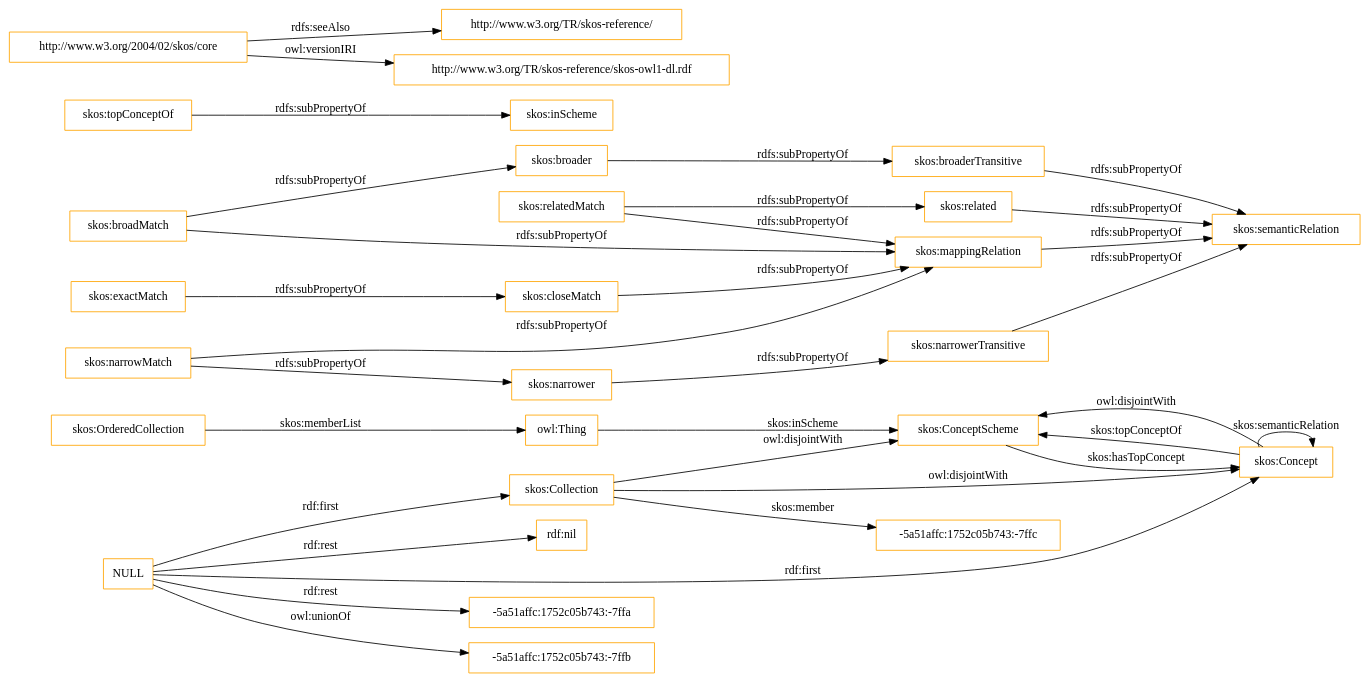
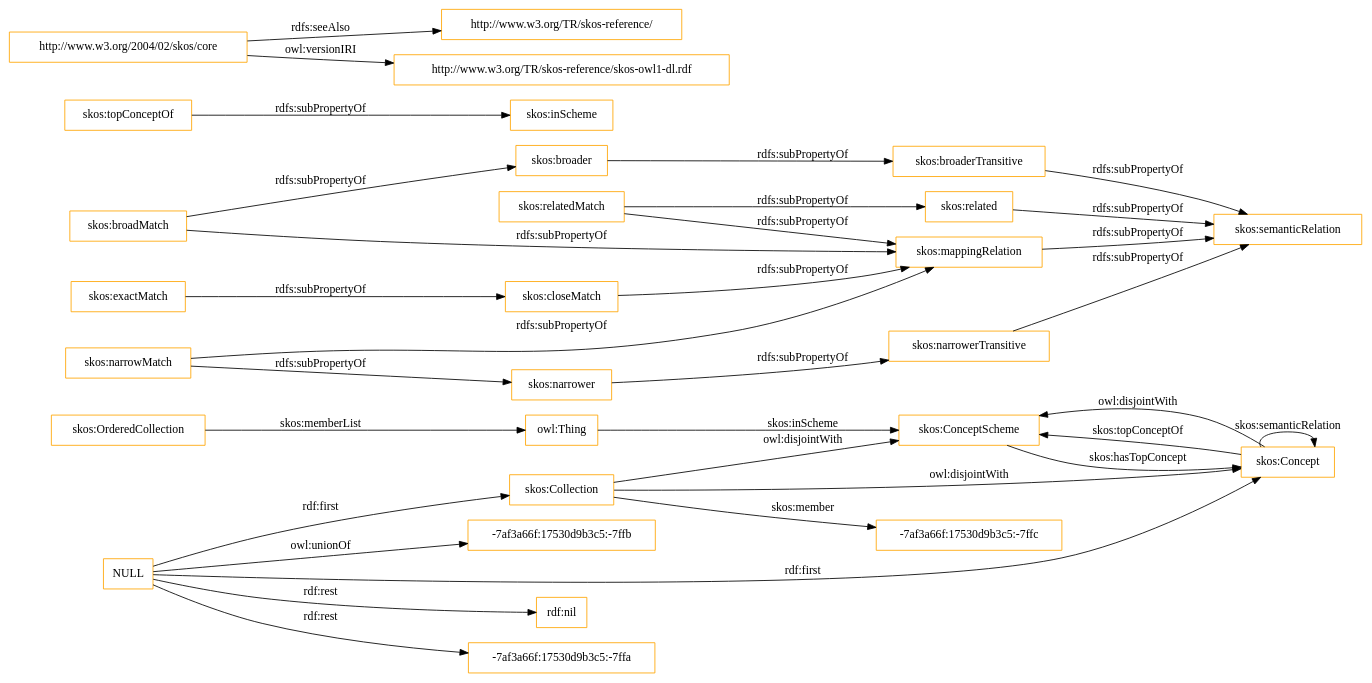
The diagram in OnToology/imports/skos.owl/diagrams/ar2dtool-class/skos.owl.png.dot (OnToologyUser/core-ontology-1), drawn with Graphviz before and after one commit. The commit also changed 14 other files, not shown here.

```diff
--- a/OnToology/imports/skos.owl/diagrams/ar2dtool-class/skos.owl.png.dot
+++ b/OnToology/imports/skos.owl/diagrams/ar2dtool-class/skos.owl.png.dot
@@ -1,37 +1,37 @@
 digraph ar2dtool_diagram { 
 rankdir=LR;
 size="1501"
-node [shape = rectangle, color="orange"]; "skos:OrderedCollection" "skos:ConceptScheme" "skos:Concept" "skos:Collection" "-5a51affc:1752c05b743:-7ffc" ; /*classes style*/
+node [shape = rectangle, color="orange"]; "skos:OrderedCollection" "skos:ConceptScheme" "skos:Concept" "skos:Collection" "-7af3a66f:17530d9b3c5:-7ffc" ; /*classes style*/
 	"skos:narrowerTransitive" -> "skos:semanticRelation" [ label = "rdfs:subPropertyOf" ];
-	"NULL" -> "-5a51affc:1752c05b743:-7ffa" [ label = "rdf:rest" ];
-	"NULL" -> "skos:Collection" [ label = "rdf:first" ];
-	"NULL" -> "-5a51affc:1752c05b743:-7ffb" [ label = "owl:unionOf" ];
 	"NULL" -> "rdf:nil" [ label = "rdf:rest" ];
 	"NULL" -> "skos:Concept" [ label = "rdf:first" ];
+	"NULL" -> "-7af3a66f:17530d9b3c5:-7ffa" [ label = "rdf:rest" ];
+	"NULL" -> "skos:Collection" [ label = "rdf:first" ];
+	"NULL" -> "-7af3a66f:17530d9b3c5:-7ffb" [ label = "owl:unionOf" ];
 	"skos:closeMatch" -> "skos:mappingRelation" [ label = "rdfs:subPropertyOf" ];
 	"skos:Concept" -> "skos:ConceptScheme" [ label = "owl:disjointWith" ];
 	"skos:relatedMatch" -> "skos:related" [ label = "rdfs:subPropertyOf" ];
 	"skos:relatedMatch" -> "skos:mappingRelation" [ label = "rdfs:subPropertyOf" ];
 	"skos:related" -> "skos:semanticRelation" [ label = "rdfs:subPropertyOf" ];
 	"skos:topConceptOf" -> "skos:inScheme" [ label = "rdfs:subPropertyOf" ];
 	"skos:broadMatch" -> "skos:mappingRelation" [ label = "rdfs:subPropertyOf" ];
 	"skos:broadMatch" -> "skos:broader" [ label = "rdfs:subPropertyOf" ];
 	"skos:exactMatch" -> "skos:closeMatch" [ label = "rdfs:subPropertyOf" ];
 	"skos:broaderTransitive" -> "skos:semanticRelation" [ label = "rdfs:subPropertyOf" ];
 	"skos:broader" -> "skos:broaderTransitive" [ label = "rdfs:subPropertyOf" ];
 	"skos:mappingRelation" -> "skos:semanticRelation" [ label = "rdfs:subPropertyOf" ];
 	"http://www.w3.org/2004/02/skos/core" -> "http://www.w3.org/TR/skos-reference/" [ label = "rdfs:seeAlso" ];
 	"http://www.w3.org/2004/02/skos/core" -> "http://www.w3.org/TR/skos-reference/skos-owl1-dl.rdf" [ label = "owl:versionIRI" ];
 	"skos:Collection" -> "skos:ConceptScheme" [ label = "owl:disjointWith" ];
 	"skos:Collection" -> "skos:Concept" [ label = "owl:disjointWith" ];
 	"skos:narrower" -> "skos:narrowerTransitive" [ label = "rdfs:subPropertyOf" ];
 	"skos:narrowMatch" -> "skos:narrower" [ label = "rdfs:subPropertyOf" ];
 	"skos:narrowMatch" -> "skos:mappingRelation" [ label = "rdfs:subPropertyOf" ];
 	"skos:OrderedCollection" -> "owl:Thing" [ label = "skos:memberList" ];
 	"skos:Concept" -> "skos:ConceptScheme" [ label = "skos:topConceptOf" ];
 	"skos:Concept" -> "skos:Concept" [ label = "skos:semanticRelation" ];
-	"skos:Collection" -> "-5a51affc:1752c05b743:-7ffc" [ label = "skos:member" ];
+	"skos:Collection" -> "-7af3a66f:17530d9b3c5:-7ffc" [ label = "skos:member" ];
 	"skos:ConceptScheme" -> "skos:Concept" [ label = "skos:hasTopConcept" ];
 	"owl:Thing" -> "skos:ConceptScheme" [ label = "skos:inScheme" ];
 
 }
```
